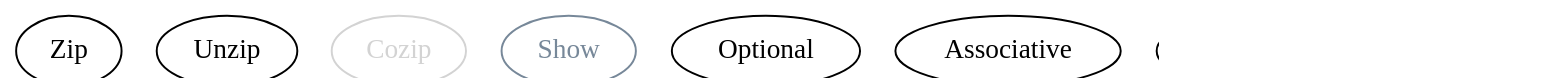
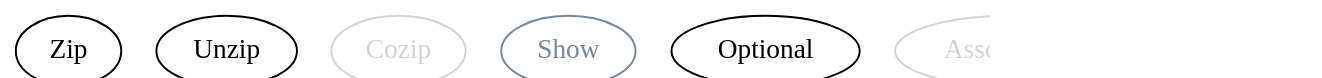
Before and after one commit to fommil/fpmortals: diagram 13 of 13 in manuscript/book.org, drawn with Graphviz. The commit also changed other lines of this file and 3 other files, not shown here.

```diff
--- a/manuscript/book.org
+++ b/manuscript/book.org
@@ -5331,15 +5330,14 @@
 #+BEGIN_SRC dot :file images/scalaz-loners.png :exports results
 digraph G {
     graph [dpi=100, rankdir=BT];
     node [fontname=Hack];
 
     Zip;
     Unzip;
     Cozip [fontcolor=lightgray,color=lightgray];
     Show [fontcolor=lightslategray,color=lightslategray];
     Optional;
-    Associative;
-    Resource;
+    Associative [fontcolor=lightgray,color=lightgray];
     Catchable;
 }
 #+END_SRC
```
